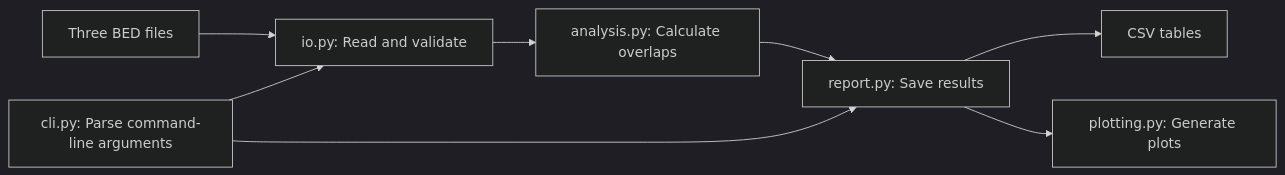
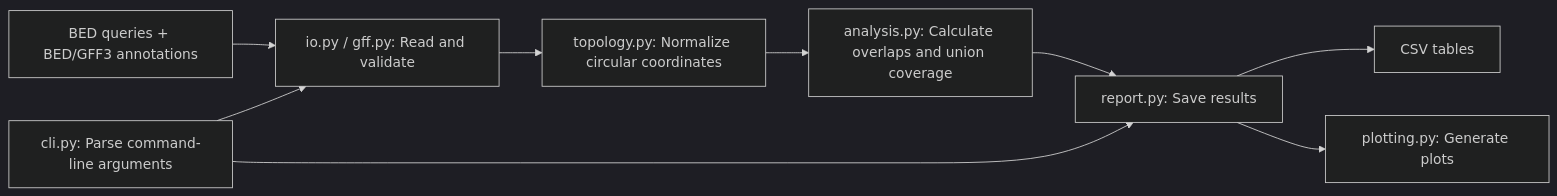
One commit to RickZ42/genome-region-reporter changed the diagram in README.md. Above: the diagram before and after it, drawn with Mermaid (dark theme). The commit also changed other lines of this file and 57 other files, not shown here.

````diff
--- a/README.md
+++ b/README.md
@@ -10,10 +20,11 @@
 ```mermaid
 flowchart LR
-    A["Three BED files"] --> B["io.py: Read and validate"]
-    B --> C["analysis.py: Calculate overlaps"]
+    A["BED queries + BED/GFF3 annotations"] --> B["io.py / gff.py: Read and validate"]
+    B --> T["topology.py: Normalize circular coordinates"]
+    T --> C["analysis.py: Calculate overlaps and union coverage"]
     C --> D["report.py: Save results"]
     D --> E["CSV tables"]
     D --> F["plotting.py: Generate plots"]
     G["cli.py: Parse command-line arguments"] --> B
     G --> D
 ```
````
